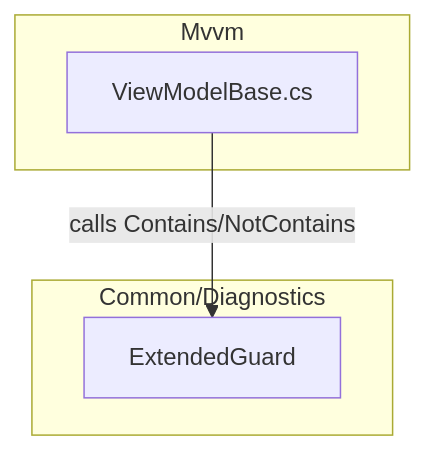
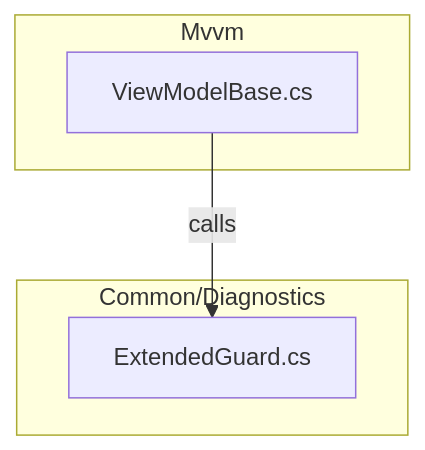
One commit to wetzlmaier-scch/mvvm changed the diagram in doc/Common/Diagnostics.md. Above: the diagram before and after it, drawn with Mermaid. The commit also changed other lines of this file and 111 other files, not shown here.

````diff
--- a/doc/Common/Diagnostics.md
+++ b/doc/Common/Diagnostics.md
@@ -17,10 +13,10 @@
 ```mermaid
 flowchart TD
     subgraph "Mvvm"
-        VM[ViewModelBase.cs]
+        VMBase[ViewModelBase.cs]
     end
     subgraph "Common/Diagnostics"
-        EG[ExtendedGuard]
+        ExtGuard[ExtendedGuard.cs]
     end
-    VM -->|calls Contains/NotContains| EG
+    VMBase -->|calls| ExtGuard
 ```
````
